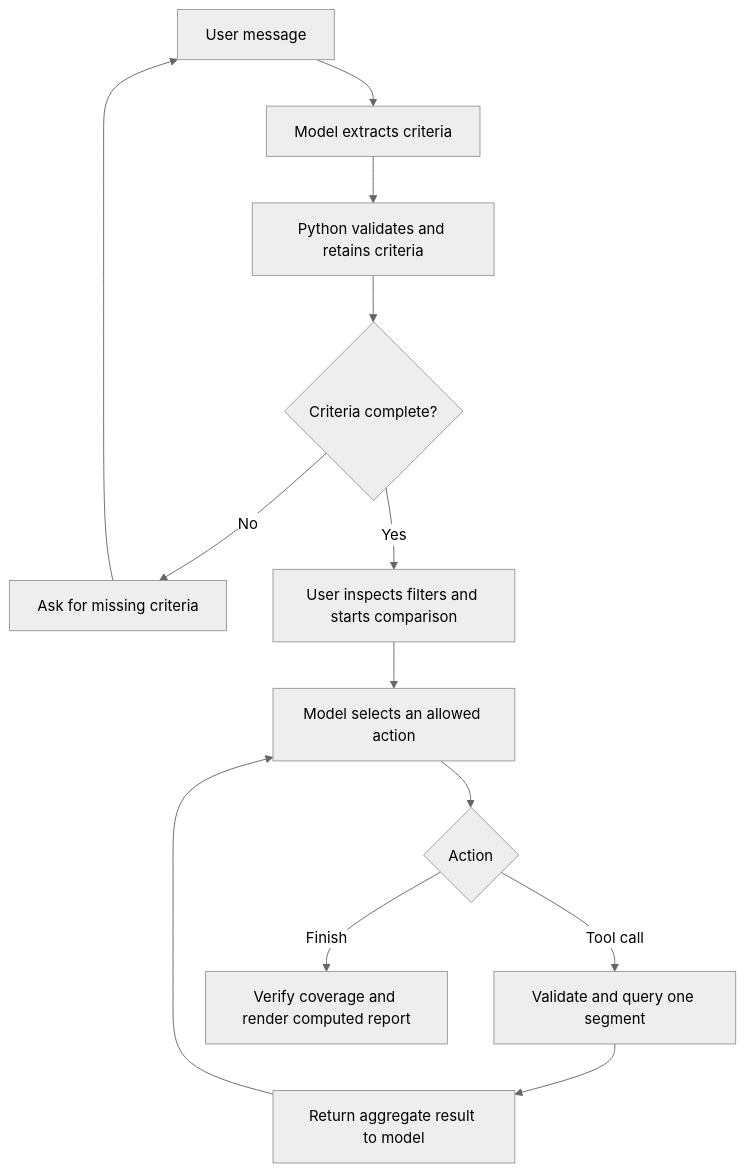
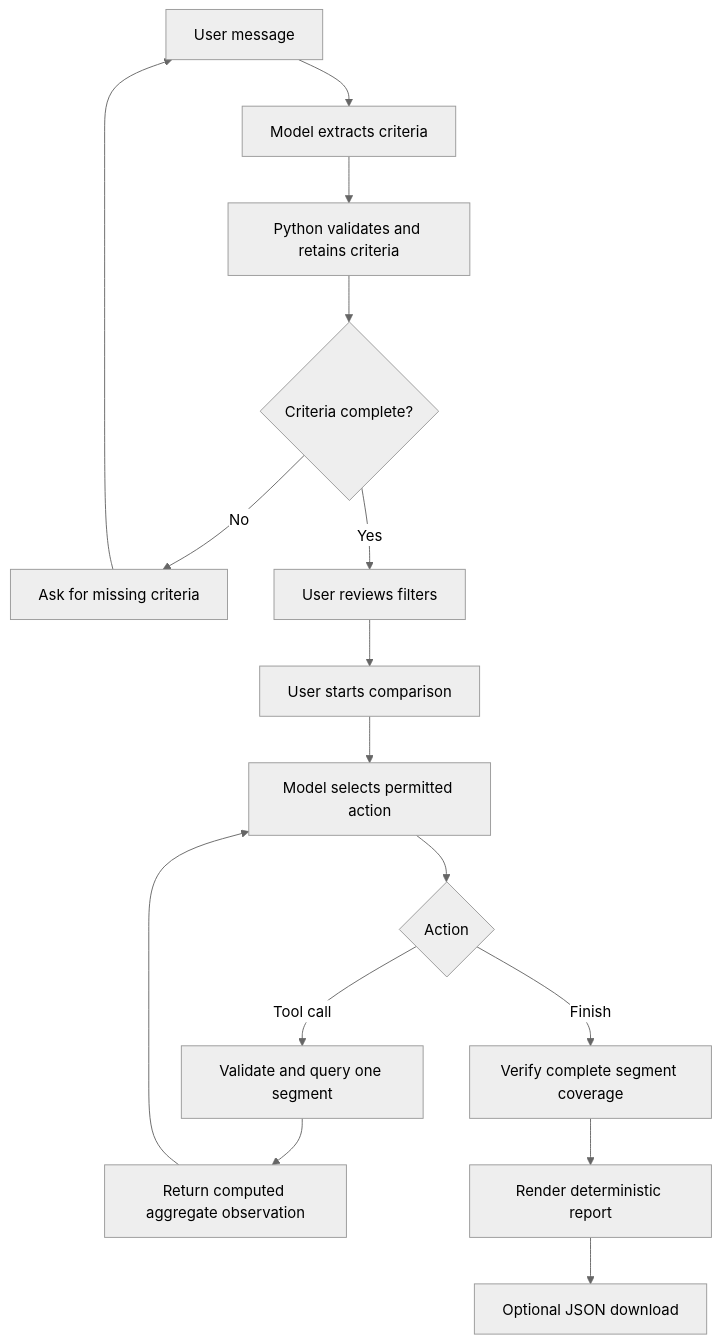
Before and after one commit to SL14-SL/llm-customer-segmentation-assistant: the third of 3 diagrams in README.md, drawn with Mermaid (neutral theme). The commit also changed other lines of this file and 20 other files, not shown here.

````diff
--- a/README.md
+++ b/README.md
@@ -473,15 +322,24 @@
 ```mermaid
 flowchart TD
     A["User message"] --> B["Model extracts criteria"]
     B --> C["Python validates and retains criteria"]
+
     C --> D{"Criteria complete?"}
+
     D -->|No| E["Ask for missing criteria"]
     E --> A
-    D -->|Yes| F["User inspects filters and starts comparison"]
-    F --> G["Model selects an allowed action"]
-    G --> H{"Action"}
-    H -->|Tool call| I["Validate and query one segment"]
-    I --> J["Return aggregate result to model"]
-    J --> G
-    H -->|Finish| K["Verify coverage and render computed report"]
+
+    D -->|Yes| F["User reviews filters"]
+    F --> G["User starts comparison"]
+
+    G --> H["Model selects permitted action"]
+    H --> I{"Action"}
+
+    I -->|Tool call| J["Validate and query one segment"]
+    J --> K["Return computed aggregate observation"]
+    K --> H
+
+    I -->|Finish| L["Verify complete segment coverage"]
+    L --> M["Render deterministic report"]
+    M --> N["Optional JSON download"]
 ```
````
